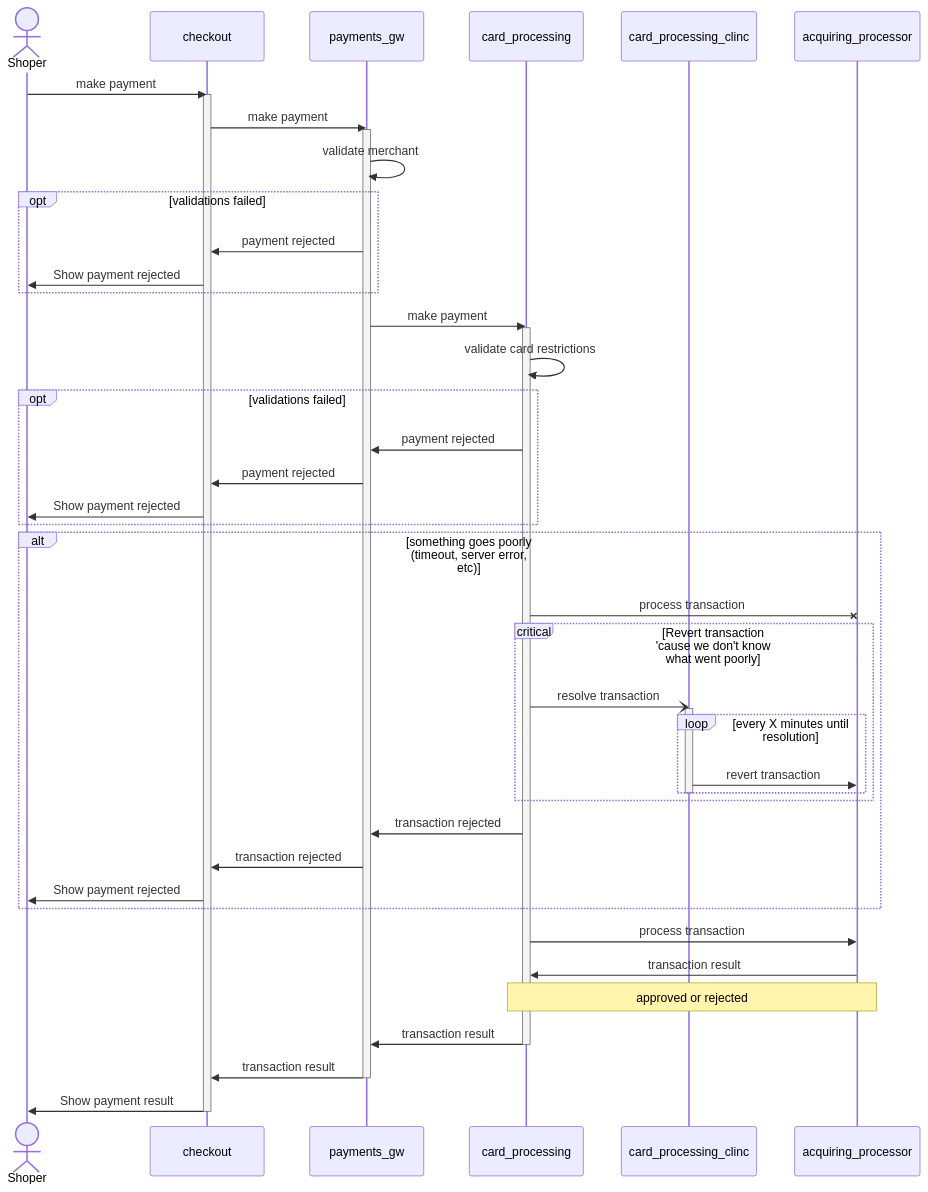
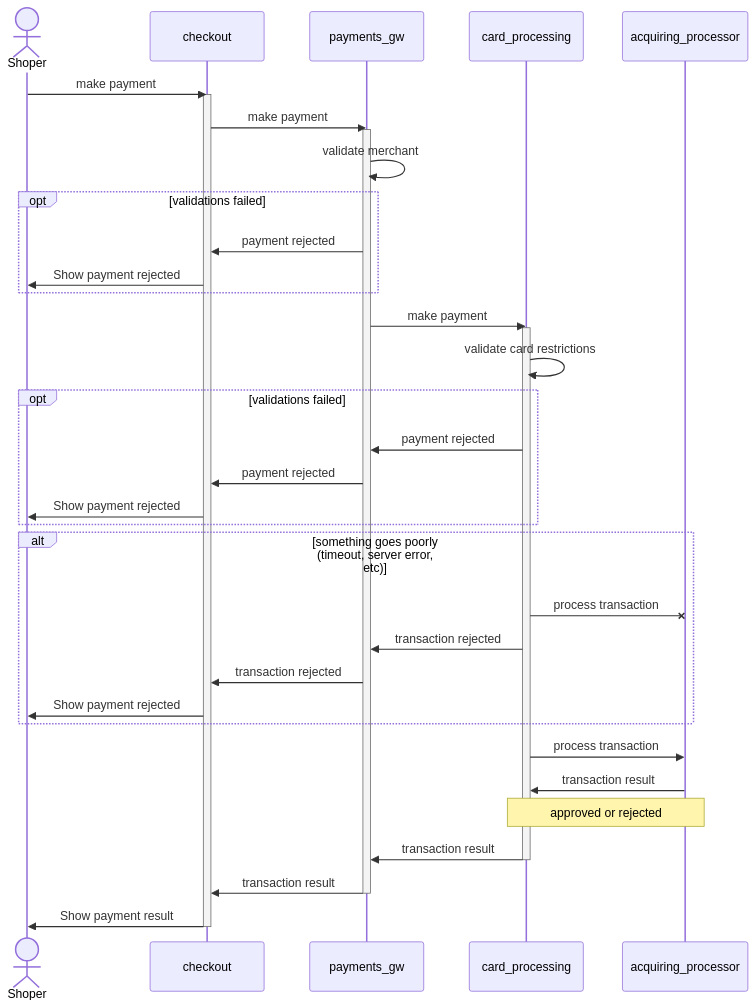
One commit to imthejungler/flashy-gw changed the diagram in README.md. Above: the diagram before and after it, drawn with Mermaid. The commit also changed other lines of this file and 1 other file, not shown here.

````diff
--- a/README.md
+++ b/README.md
@@ -14,49 +39,40 @@
 ```mermaid
 sequenceDiagram
     actor Shoper
     participant co as checkout
     participant pgw as payments_gw
     participant cp as card_processing
-    participant cpc as card_processing_clinc
     participant acq as acquiring_processor
     Shoper->>co: make payment
     activate co
     co->>pgw: make payment
     activate pgw
     pgw->>pgw: validate merchant
     opt validations failed
         pgw->>co: payment rejected
         co->>Shoper: Show payment rejected
     end
     pgw->>cp: make payment
     activate cp
     cp->>cp: validate card restrictions
     opt validations failed
         cp->>pgw: payment rejected
         pgw->>co: payment rejected
         co->>Shoper: Show payment rejected
     end
     alt something goes poorly (timeout, server error, etc)
         cp-xacq: process transaction
-        critical Revert transaction 'cause we don't know what went poorly
-            cp-)cpc: resolve transaction
-            activate cpc
-            loop every X minutes until resolution
-                cpc->>acq: revert transaction
-            end
-            deactivate cpc
-        end
         cp->>pgw: transaction rejected
         pgw->>co: transaction rejected
         co->>Shoper: Show payment rejected
     end
     cp->>acq: process transaction
     acq->>cp: transaction result
     Note over acq,cp: approved or rejected
     cp->>pgw: transaction result
     deactivate cp
     pgw->>co: transaction result
     deactivate pgw
     co->>Shoper: Show payment result
     deactivate co
 ```
````
